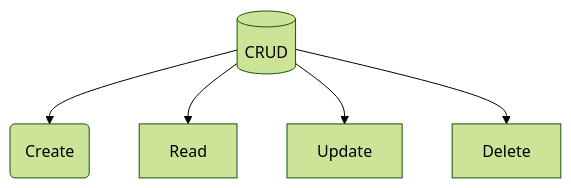
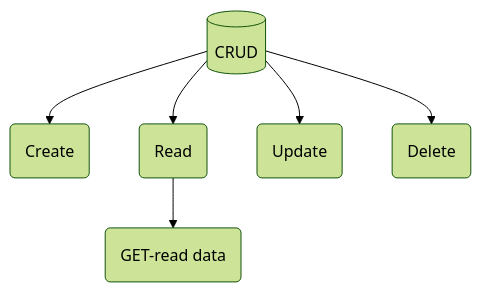
The diagram in README.md (shrsyc/google_sheets_DB), drawn with Mermaid (forest theme) before and after one commit.

````diff
--- a/README.md
+++ b/README.md
@@ -5,7 +5,8 @@
 ```mermaid
 graph TD;
     id1[(CRUD)]-->id2(Create);
-    id1-->Read;
-    id1-->Update;
-    id1-->Delete;
+    id1-->id3(Read);
+    id1-->id4(Update);
+    id1-->id5(Delete);
+    id3-->id6(GET-read data); 
 ```
````
